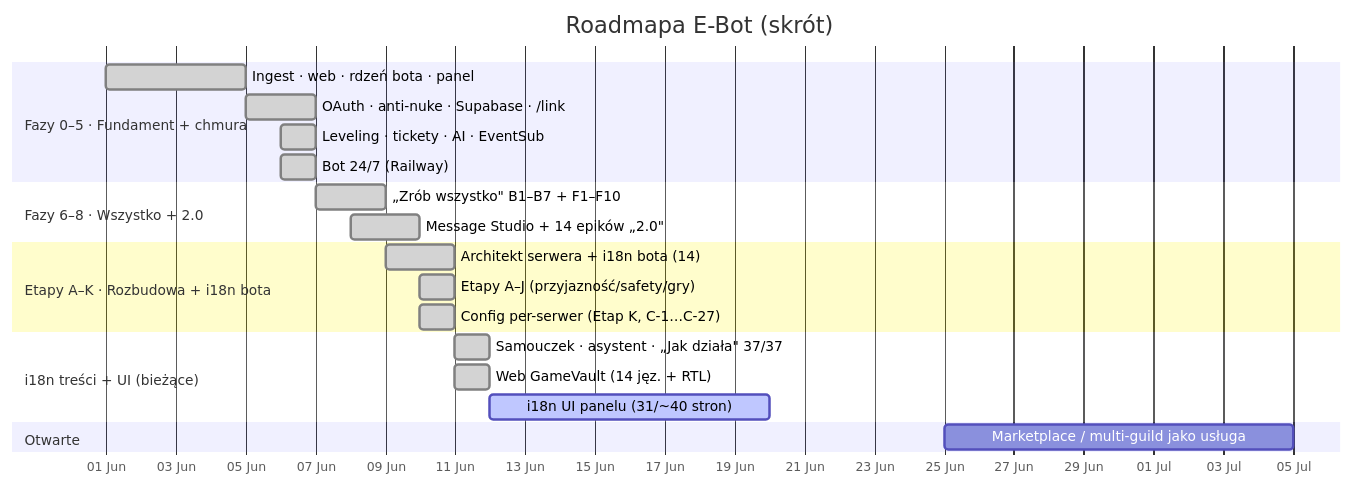
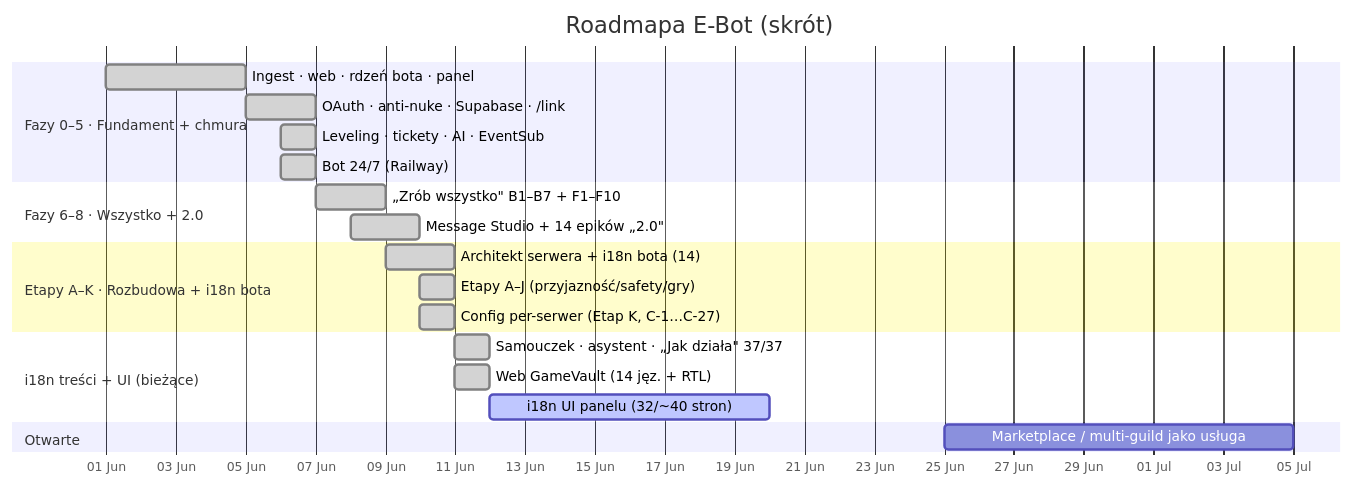
The first of 2 diagrams in docs/ROADMAP.md (Gh0s777tt/E-Bot), drawn with Mermaid before and after one commit. The commit also changed other lines of this file and 6 other files, not shown here.

````diff
--- a/docs/ROADMAP.md
+++ b/docs/ROADMAP.md
@@ -23,24 +23,24 @@
 ```mermaid
 gantt
   title Roadmapa E-Bot (skrót)
   dateFormat YYYY-MM-DD
   axisFormat %d %b
   section Fazy 0–5 · Fundament + chmura
   Ingest · web · rdzeń bota · panel    :done, f0, 2026-06-01, 4d
   OAuth · anti-nuke · Supabase · /link :done, f1, 2026-06-05, 2d
   Leveling · tickety · AI · EventSub   :done, f4, 2026-06-06, 1d
   Bot 24/7 (Railway)                   :done, f5, 2026-06-06, 1d
   section Fazy 6–8 · Wszystko + 2.0
   „Zrób wszystko" B1–B7 + F1–F10       :done, f7, 2026-06-07, 2d
   Message Studio + 14 epików „2.0"     :done, f8, 2026-06-08, 2d
   section Etapy A–K · Rozbudowa + i18n bota
   Architekt serwera + i18n bota (14)   :done, ek1, 2026-06-09, 2d
   Etapy A–J (przyjazność/safety/gry)   :done, ek2, 2026-06-10, 1d
   Config per-serwer (Etap K, C-1…C-27) :done, ek3, 2026-06-10, 1d
   section i18n treści + UI (bieżące)
   Samouczek · asystent · „Jak działa" 37/37 :done, i1, 2026-06-11, 1d
   Web GameVault (14 jęz. + RTL)        :done, i2, 2026-06-11, 1d
-  i18n UI panelu (31/~40 stron)        :active, i3, 2026-06-12, 8d
+  i18n UI panelu (32/~40 stron)        :active, i3, 2026-06-12, 8d
   section Otwarte
   Marketplace / multi-guild jako usługa :        mk, 2026-06-25, 10d
 ```
````
